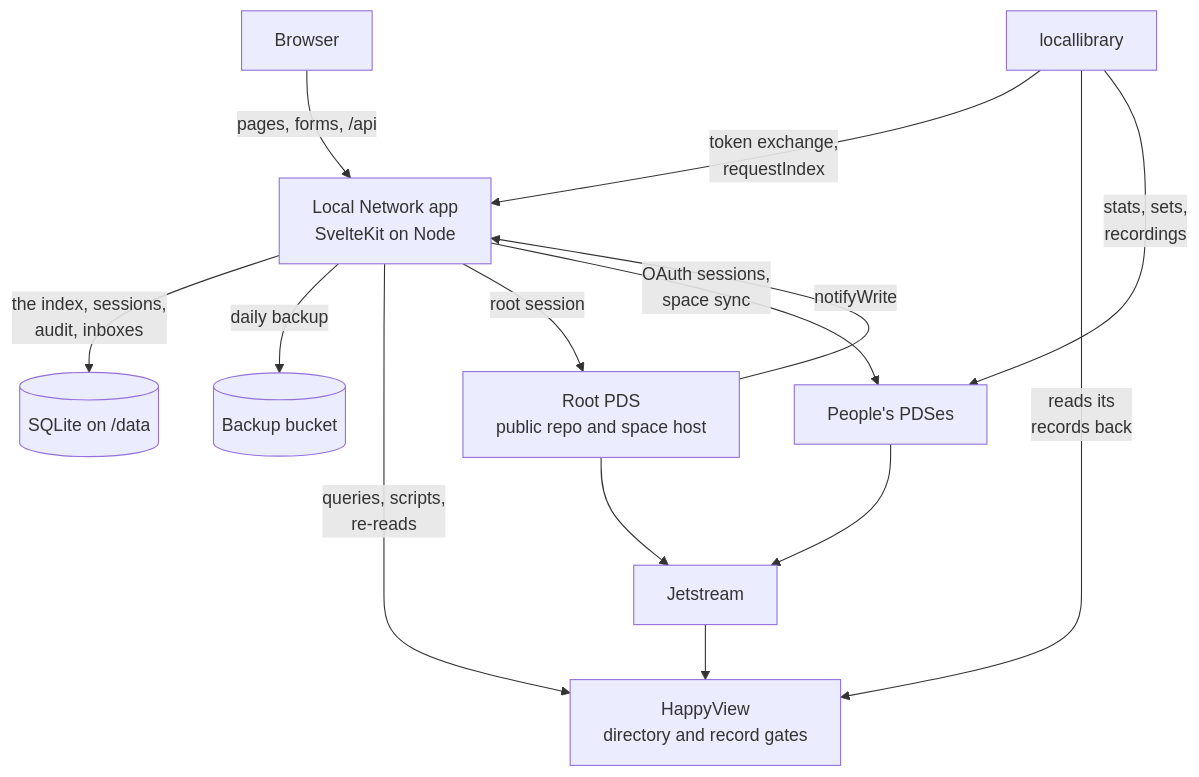
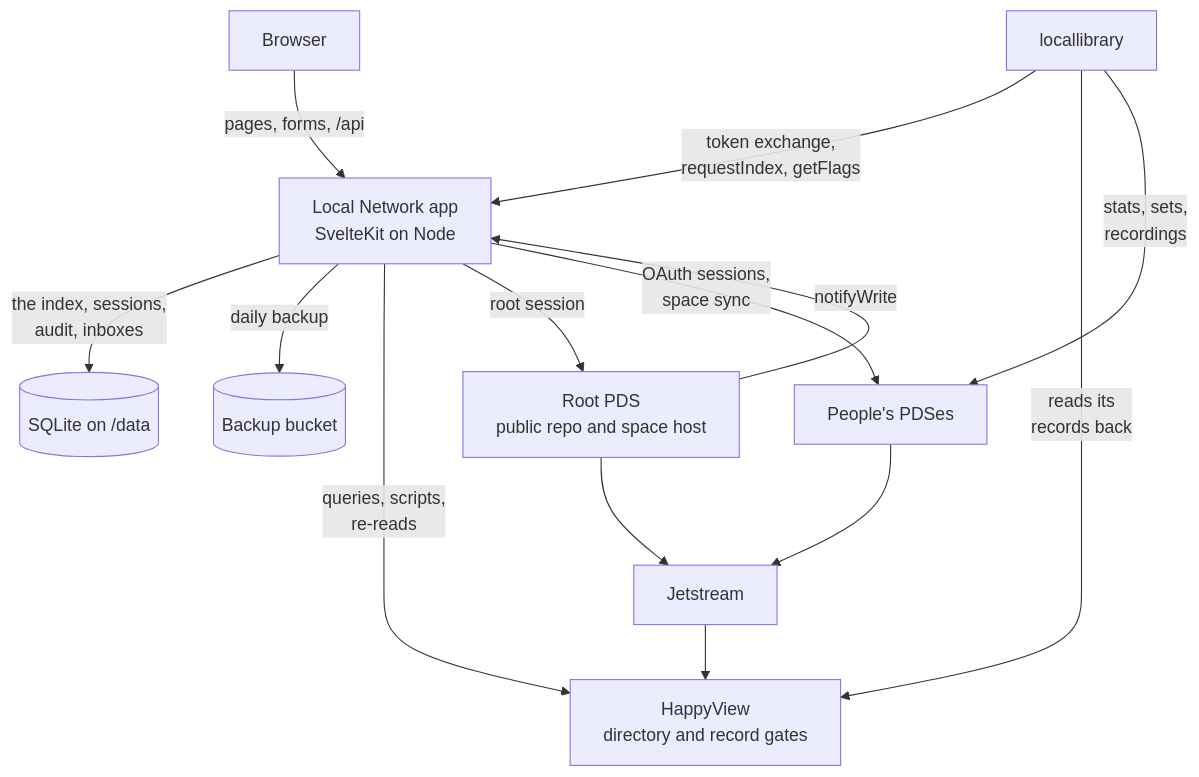
Before and after one commit to cutenode/localnetwork: the third of 11 diagrams in apps/web/README.md, drawn with Mermaid. The commit also changed other lines of this file and 42 other files, not shown here.

````diff
--- a/apps/web/README.md
+++ b/apps/web/README.md
@@ -479,26 +479,26 @@
 ```mermaid
 flowchart TD
   Browser["Browser"]
   Tool["locallibrary"]
   App["Local Network app<br/>SvelteKit on Node"]
   Db[("SQLite on /data")]
   Bucket[("Backup bucket")]
   HV["HappyView<br/>directory and record gates"]
   Root["Root PDS<br/>public repo and space host"]
   Pds["People's PDSes"]
   Jet["Jetstream"]
 
   Browser -- "pages, forms, /api" --> App
-  Tool -- "token exchange,<br/>requestIndex" --> App
+  Tool -- "token exchange,<br/>requestIndex, getFlags" --> App
   Tool -- "reads its<br/>records back" --> HV
   Tool -- "stats, sets,<br/>recordings" --> Pds
   App -- "the index, sessions,<br/>audit, inboxes" --> Db
   App -- "daily backup" --> Bucket
   App -- "queries, scripts,<br/>re-reads" --> HV
   App -- "root session" --> Root
   App -- "OAuth sessions,<br/>space sync" --> Pds
   Root -- "notifyWrite" --> App
   Root --> Jet
   Pds --> Jet
   Jet --> HV
 ```
````
